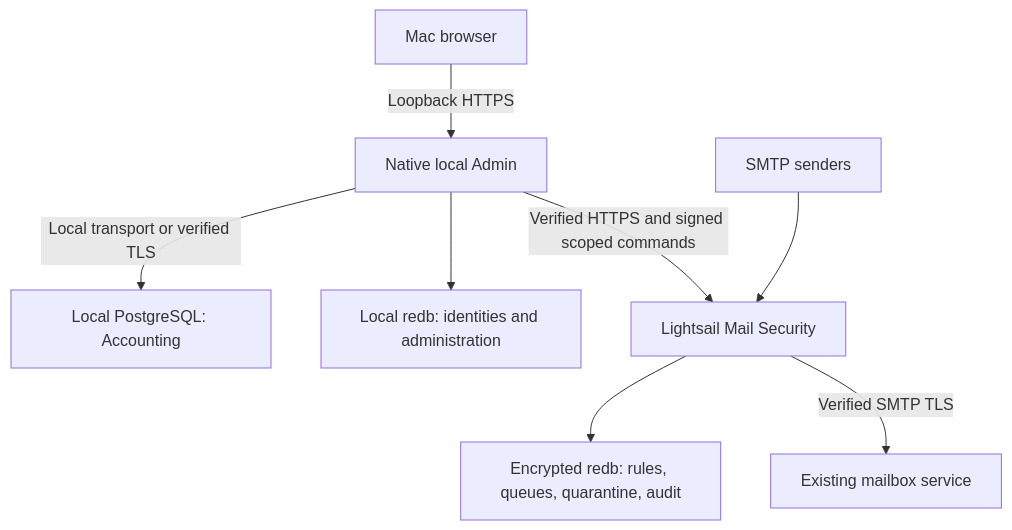
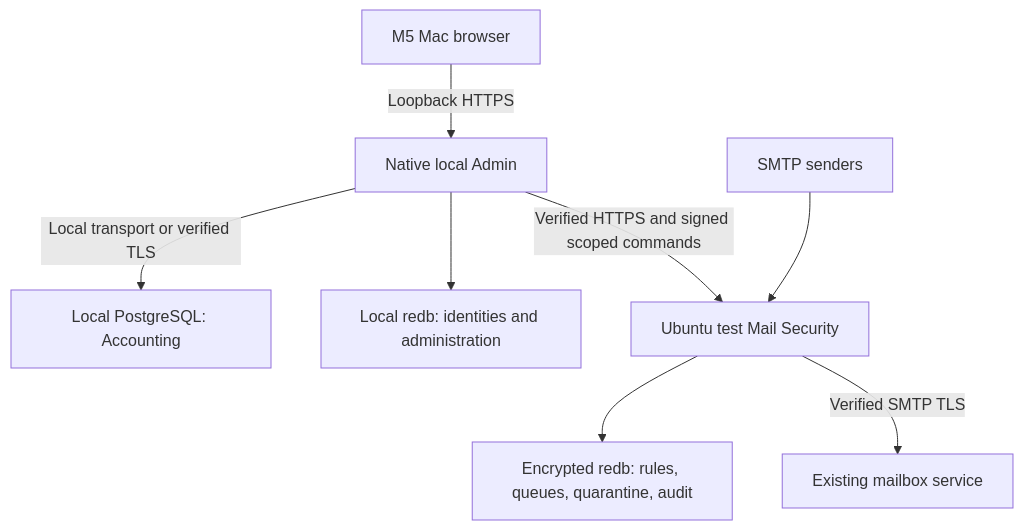
One commit to Workglen/Workglen changed the diagram in ARCHITECTURE.md. Above: the diagram before and after it, drawn with Mermaid. The commit also changed other lines of this file and 38 other files, not shown here.

````diff
--- a/ARCHITECTURE.md
+++ b/ARCHITECTURE.md
@@ -5,10 +7,10 @@
 ```mermaid
 flowchart TD
-    Browser["Mac browser"] -->|"Loopback HTTPS"| Admin["Native local Admin"]
+    Browser["M5 Mac browser"] -->|"Loopback HTTPS"| Admin["Native local Admin"]
     Admin -->|"Local transport or verified TLS"| PG["Local PostgreSQL: Accounting"]
     Admin --> Local["Local redb: identities and administration"]
-    Admin -->|"Verified HTTPS and signed scoped commands"| Gateway["Lightsail Mail Security"]
+    Admin -->|"Verified HTTPS and signed scoped commands"| Gateway["Ubuntu test Mail Security"]
     Senders["SMTP senders"] --> Gateway
     Gateway --> Security["Encrypted redb: rules, queues, quarantine, audit"]
     Gateway -->|"Verified SMTP TLS"| Mailboxes["Existing mailbox service"]
 ```
````
